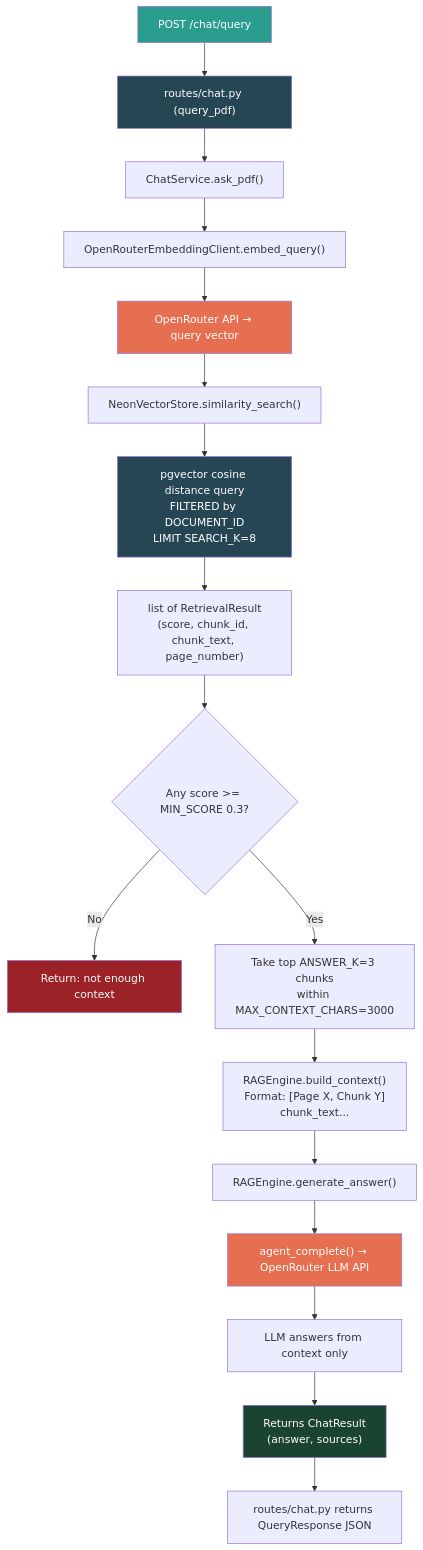
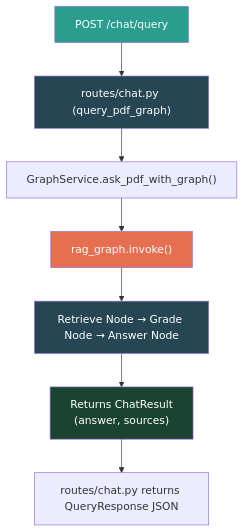
Before and after one commit to hasnatsakil/agentic-rag-service: the second of 5 diagrams in docs/project_flow.md, drawn with Mermaid. The commit also changed other lines of this file and 19 other files, not shown here.

Commit message:
feat: Week 5 - Native Tool Calling, database-native Hybrid Search (BM25 + pgvector), RRF Fusion, and Two-Pass Re-ranking

````diff
--- a/docs/project_flow.md
+++ b/docs/project_flow.md
@@ -46,33 +44,16 @@
 ```mermaid
 flowchart TD
-    A["POST /chat/query"] --> B["routes/chat.py (query_pdf)"]
-    B --> C["ChatService.ask_pdf()"]
+    A["POST /chat/query"] --> B["routes/chat.py (query_pdf_graph)"]
+    B --> C["GraphService.ask_pdf_with_graph()"]
     
-    C --> D["OpenRouterEmbeddingClient.embed_query()"]
-    D --> D1["OpenRouter API → query vector"]
-    
-    D1 --> E["NeonVectorStore.similarity_search()"]
-    E --> E1["pgvector cosine distance query\nFILTERED by DOCUMENT_ID\nLIMIT SEARCH_K=8"]
-    E1 --> E2["list of RetrievalResult\n(score, chunk_id, chunk_text, page_number)"]
-    
-    E2 --> F{"Any score >= MIN_SCORE 0.3?"}
-    F -- No --> F1["Return: not enough context"]
-    F -- Yes --> G["Take top ANSWER_K=3 chunks\nwithin MAX_CONTEXT_CHARS=3000"]
-    
-    G --> H["RAGEngine.build_context()\nFormat: [Page X, Chunk Y]\nchunk_text..."]
-    
-    H --> I["RAGEngine.generate_answer()"]
-    I --> I1["agent_complete() → OpenRouter LLM API"]
-    I1 --> I2["LLM answers from context only"]
-    
-    I2 --> J["Returns ChatResult\n(answer, sources)"]
+    C --> D["rag_graph.invoke()"]
+    D --> E["Retrieve Node → Grade Node → Answer Node"]
+    E --> J["Returns ChatResult\n(answer, sources)"]
     J --> K["routes/chat.py returns QueryResponse JSON"]
 
     style A fill:#2a9d8f,color:#fff
     style B fill:#264653,color:#fff
-    style F1 fill:#9b2226,color:#fff
-    style D1 fill:#e76f51,color:#fff
-    style E1 fill:#264653,color:#fff
-    style I1 fill:#e76f51,color:#fff
+    style D fill:#e76f51,color:#fff
+    style E fill:#264653,color:#fff
     style J fill:#1b4332,color:#fff
 ```
````
